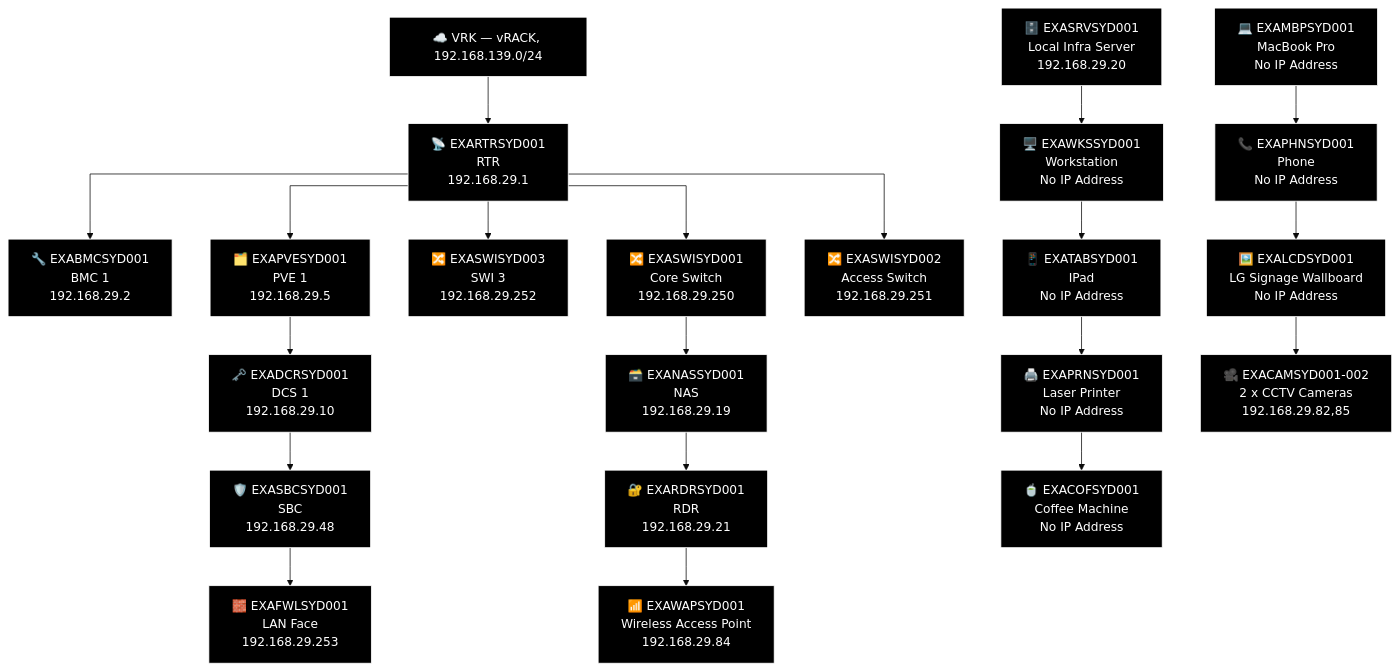
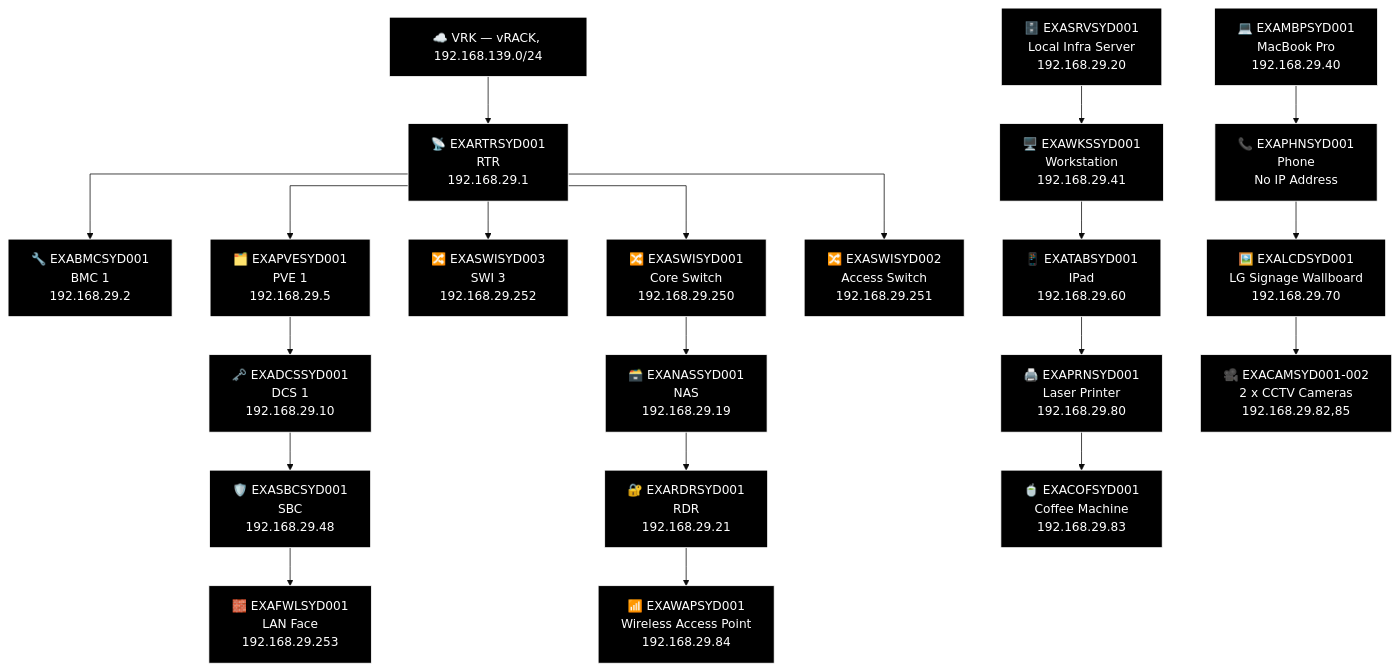
The third of 6 diagrams in docs/network-diagram/australia.md (knightmare2600/example_music_infra), drawn with Mermaid (base theme) before and after one commit. The commit also changed other lines of this file and 11 other files, not shown here.

````diff
--- a/docs/network-diagram/australia.md
+++ b/docs/network-diagram/australia.md
@@ -134,60 +134,60 @@
 ```mermaid
 %% GENERATED:TOPOLOGY:SYD:START
 %%{init: {'flowchart': {'curve': 'stepAfter'}}}%%
 graph TD
     T_VRK["☁️ VRK — vRACK, 192.168.139.0/24"]
     T_RTR["📡 EXARTRSYD001<br/>RTR<br/>192.168.29.1"]
     T_VRK --> T_RTR
     T_BMC["🔧 EXABMCSYD001<br/>BMC 1<br/>192.168.29.2"]
     T_RTR --> T_BMC
     T_PVE["🗂️ EXAPVESYD001<br/>PVE 1<br/>192.168.29.5"]
     T_RTR --> T_PVE
     T_SWI["🔀 EXASWISYD003<br/>SWI 3<br/>192.168.29.252"]
     T_RTR --> T_SWI
     T_SWI2["🔀 EXASWISYD001<br/>Core Switch<br/>192.168.29.250"]
     T_RTR --> T_SWI2
     T_SWI3["🔀 EXASWISYD002<br/>Access Switch<br/>192.168.29.251"]
     T_RTR --> T_SWI3
     T_NAS["🗃️ EXANASSYD001<br/>NAS<br/>192.168.29.19"]
     T_RDR["🔐 EXARDRSYD001<br/>RDR<br/>192.168.29.21"]
     T_WAP["📶 EXAWAPSYD001<br/>Wireless Access Point<br/>192.168.29.84"]
     T_SWI2 --> T_NAS --> T_RDR --> T_WAP
-    T_DCS["🗝️ EXADCRSYD001<br/>DCS 1<br/>192.168.29.10"]
+    T_DCS["🗝️ EXADCSSYD001<br/>DCS 1<br/>192.168.29.10"]
     T_SBC["🛡️ EXASBCSYD001<br/>SBC<br/>192.168.29.48"]
     T_FWL["🧱 EXAFWLSYD001<br/>LAN Face<br/>192.168.29.253"]
     T_PVE --> T_DCS --> T_SBC --> T_FWL
     T_SRV["🗄️ EXASRVSYD001<br/>Local Infra Server<br/>192.168.29.20"]
-    T_MBP["💻 EXAMBPSYD001<br/>MacBook Pro<br/>No IP Address"]
-    T_WKS["🖥️ EXAWKSSYD001<br/>Workstation<br/>No IP Address"]
+    T_MBP["💻 EXAMBPSYD001<br/>MacBook Pro<br/>192.168.29.40"]
+    T_WKS["🖥️ EXAWKSSYD001<br/>Workstation<br/>192.168.29.41"]
     T_PHN["📞 EXAPHNSYD001<br/>Phone<br/>No IP Address"]
-    T_TAB["📱 EXATABSYD001<br/>IPad<br/>No IP Address"]
-    T_LCD["🖼️ EXALCDSYD001<br/>LG Signage Wallboard<br/>No IP Address"]
-    T_PRN["🖨️ EXAPRNSYD001<br/>Laser Printer<br/>No IP Address"]
+    T_TAB["📱 EXATABSYD001<br/>IPad<br/>192.168.29.60"]
+    T_LCD["🖼️ EXALCDSYD001<br/>LG Signage Wallboard<br/>192.168.29.70"]
+    T_PRN["🖨️ EXAPRNSYD001<br/>Laser Printer<br/>192.168.29.80"]
     T_OTH_CAM["🎥 EXACAMSYD001-002<br/>2 x CCTV Cameras<br/>192.168.29.82,85"]
-    T_COF["🍵 EXACOFSYD001<br/>Coffee Machine<br/>No IP Address"]
+    T_COF["🍵 EXACOFSYD001<br/>Coffee Machine<br/>192.168.29.83"]
     T_SRV --> T_WKS --> T_TAB --> T_PRN --> T_COF
     T_MBP --> T_PHN --> T_LCD --> T_OTH_CAM
     style T_VRK fill:#000000,stroke:#FFFFFF,color:#FFFFFF
     style T_RTR fill:#000000,stroke:#FFFFFF,color:#FFFFFF
     style T_BMC fill:#000000,stroke:#FFFFFF,color:#FFFFFF
     style T_PVE fill:#000000,stroke:#FFFFFF,color:#FFFFFF
     style T_SWI fill:#000000,stroke:#FFFFFF,color:#FFFFFF
     style T_SWI2 fill:#000000,stroke:#FFFFFF,color:#FFFFFF
     style T_SWI3 fill:#000000,stroke:#FFFFFF,color:#FFFFFF
     style T_NAS fill:#000000,stroke:#FFFFFF,color:#FFFFFF
     style T_RDR fill:#000000,stroke:#FFFFFF,color:#FFFFFF
     style T_WAP fill:#000000,stroke:#FFFFFF,color:#FFFFFF
     style T_DCS fill:#000000,stroke:#FFFFFF,color:#FFFFFF
     style T_SBC fill:#000000,stroke:#FFFFFF,color:#FFFFFF
     style T_FWL fill:#000000,stroke:#FFFFFF,color:#FFFFFF
     style T_SRV fill:#000000,stroke:#FFFFFF,color:#FFFFFF
     style T_MBP fill:#000000,stroke:#FFFFFF,color:#FFFFFF
     style T_WKS fill:#000000,stroke:#FFFFFF,color:#FFFFFF
     style T_PHN fill:#000000,stroke:#FFFFFF,color:#FFFFFF
     style T_TAB fill:#000000,stroke:#FFFFFF,color:#FFFFFF
     style T_LCD fill:#000000,stroke:#FFFFFF,color:#FFFFFF
     style T_PRN fill:#000000,stroke:#FFFFFF,color:#FFFFFF
     style T_OTH_CAM fill:#000000,stroke:#FFFFFF,color:#FFFFFF
     style T_COF fill:#000000,stroke:#FFFFFF,color:#FFFFFF
 %% GENERATED:TOPOLOGY:SYD:END
 ```
````
